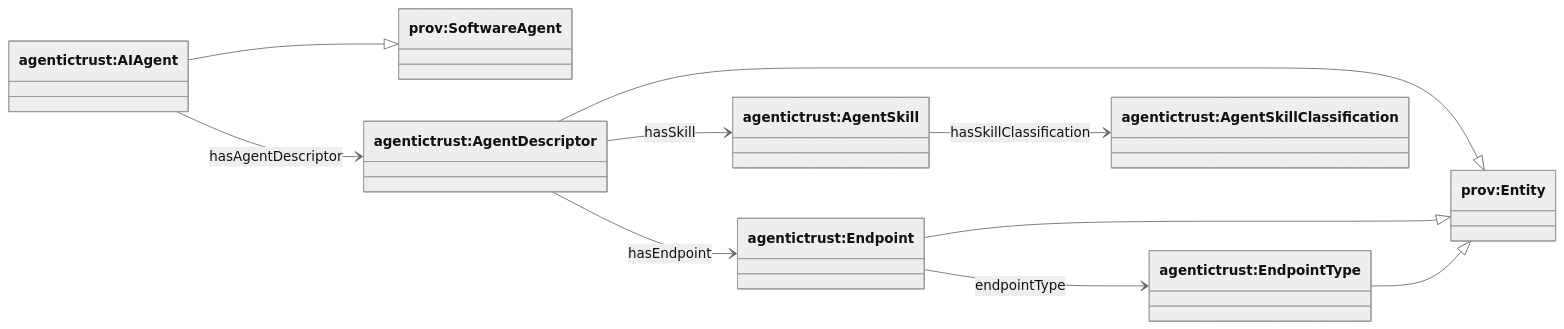
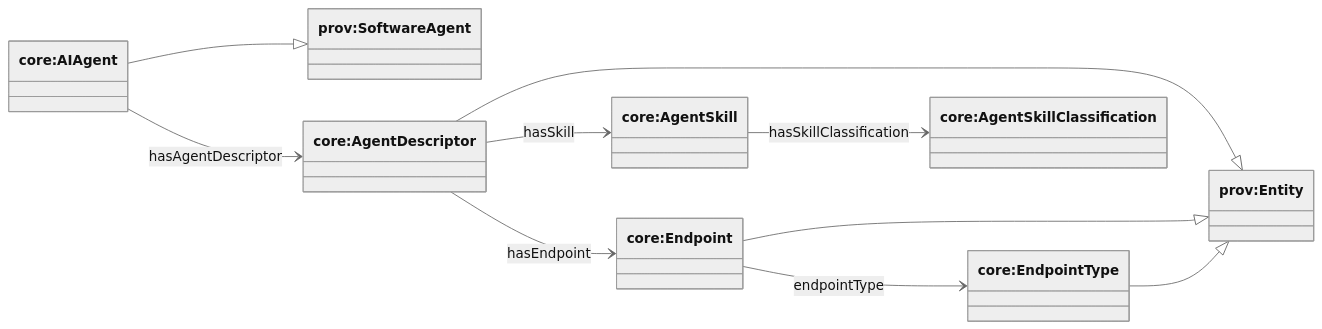
The second of 2 diagrams in docs/ontology/agentictrust-overview.md (Agentic-Trust-Layer/agent-explorer), drawn with Mermaid (neutral theme) before and after one commit. The commit also changed other lines of this file and 49 other files, not shown here.

````diff
--- a/docs/ontology/agentictrust-overview.md
+++ b/docs/ontology/agentictrust-overview.md
@@ -95,25 +95,25 @@
 ```mermaid
 classDiagram
 direction LR
 
 class provSoftwareAgent["prov:SoftwareAgent"]
 class provEntity["prov:Entity"]
 
-class AIAgent["agentictrust:AIAgent"]
-class AgentDescriptor["agentictrust:AgentDescriptor"]
-class EndpointType["agentictrust:EndpointType"]
-class Endpoint["agentictrust:Endpoint"]
-class AgentSkill["agentictrust:AgentSkill"]
-class AgentSkillClassification["agentictrust:AgentSkillClassification"]
+class AIAgent["core:AIAgent"]
+class AgentDescriptor["core:AgentDescriptor"]
+class EndpointType["core:EndpointType"]
+class Endpoint["core:Endpoint"]
+class AgentSkill["core:AgentSkill"]
+class AgentSkillClassification["core:AgentSkillClassification"]
 
 AIAgent --|> provSoftwareAgent
 AgentDescriptor --|> provEntity
 Endpoint --|> provEntity
 EndpointType --|> provEntity
 
 AIAgent --> AgentDescriptor : hasAgentDescriptor
 AgentDescriptor --> Endpoint : hasEndpoint
 Endpoint --> EndpointType : endpointType
 AgentDescriptor --> AgentSkill : hasSkill
 AgentSkill --> AgentSkillClassification : hasSkillClassification
 ```
````
